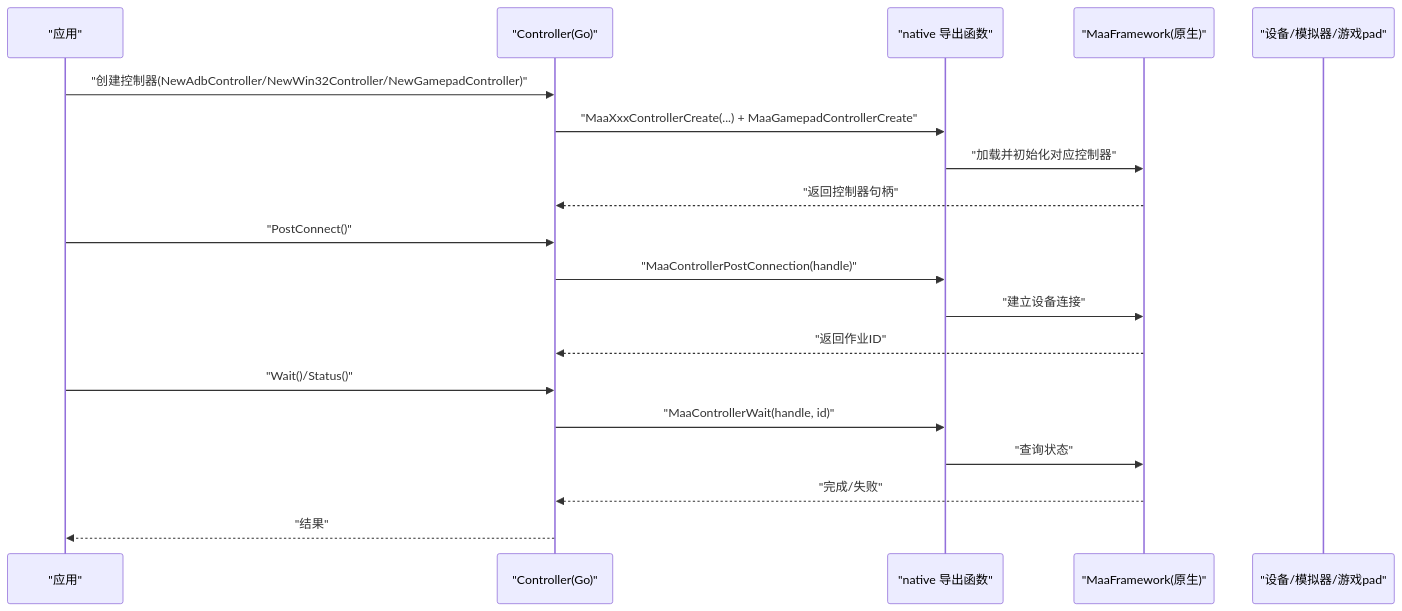
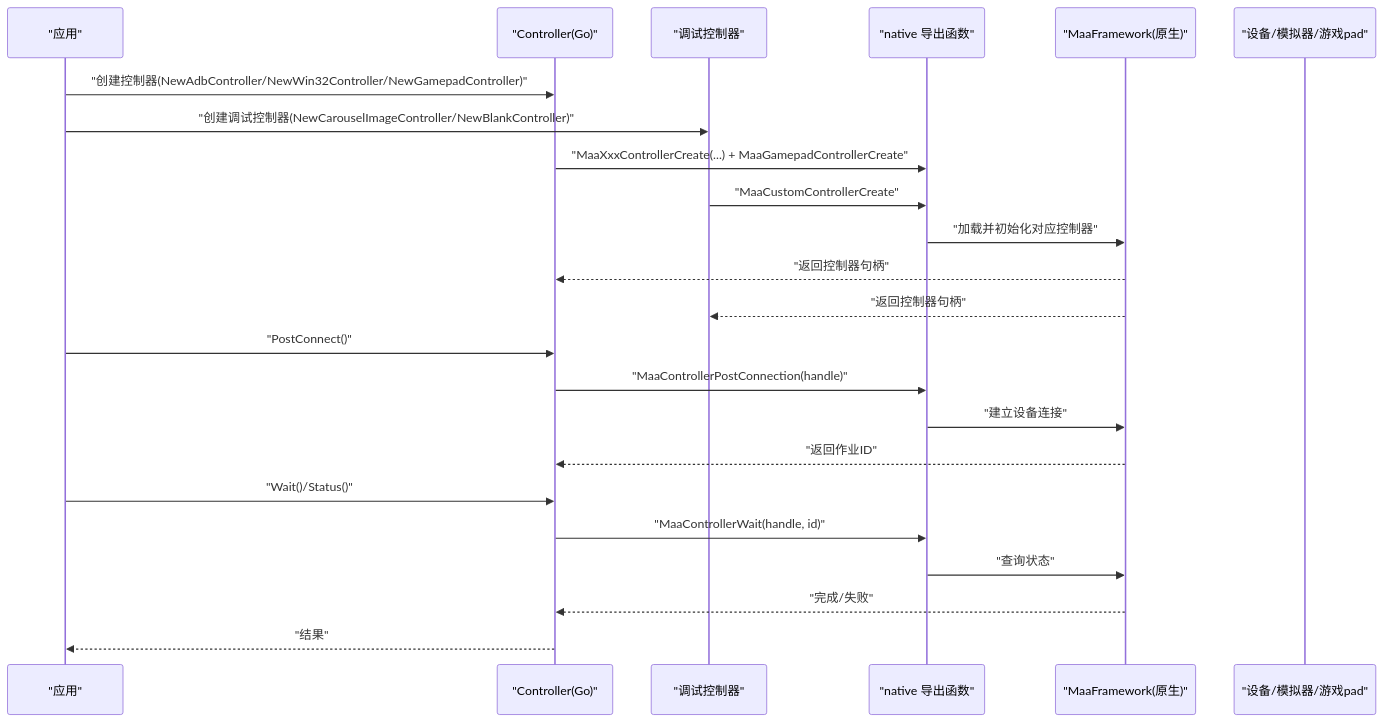
The second of 3 diagrams in instructions/maafw-golang-binding/核心概念/控制器 (Controller)/控制器 (Controller).md (kqcoxn/MaaPipelineEditor), drawn with Mermaid before and after one commit. The commit also changed other lines of this file and 10 other files, not shown here.

````diff
--- a/instructions/maafw-golang-binding/核心概念/控制器 (Controller)/控制器 (Controller).md
+++ b/instructions/maafw-golang-binding/核心概念/控制器 (Controller)/控制器 (Controller).md
@@ -130,21 +149,25 @@
 ```mermaid
 sequenceDiagram
 participant App as "应用"
 participant Ctrl as "Controller(Go)"
+participant DebugCtrl as "调试控制器"
 participant Native as "native 导出函数"
 participant FW as "MaaFramework(原生)"
 participant Dev as "设备/模拟器/游戏pad"
 App->>Ctrl : "创建控制器(NewAdbController/NewWin32Controller/NewGamepadController)"
+App->>DebugCtrl : "创建调试控制器(NewCarouselImageController/NewBlankController)"
 Ctrl->>Native : "MaaXxxControllerCreate(...) + MaaGamepadControllerCreate"
+DebugCtrl->>Native : "MaaCustomControllerCreate"
 Native->>FW : "加载并初始化对应控制器"
 FW-->>Ctrl : "返回控制器句柄"
+FW-->>DebugCtrl : "返回控制器句柄"
 App->>Ctrl : "PostConnect()"
 Ctrl->>Native : "MaaControllerPostConnection(handle)"
 Native->>FW : "建立设备连接"
 FW-->>Ctrl : "返回作业ID"
 App->>Ctrl : "Wait()/Status()"
 Ctrl->>Native : "MaaControllerWait(handle, id)"
 Native->>FW : "查询状态"
 FW-->>Ctrl : "完成/失败"
 Ctrl-->>App : "结果"
 ```
````
